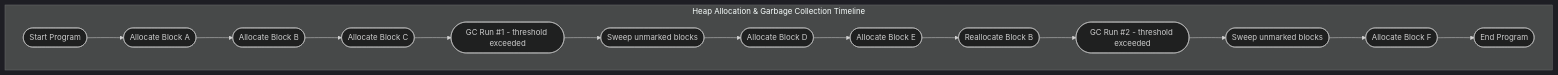
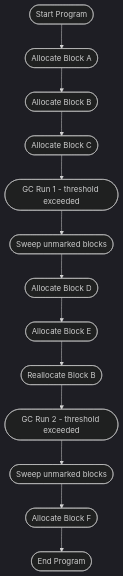
Before and after one commit to MyNameIsTrez/ft-gc: the third of 3 diagrams in README.md, drawn with Mermaid (dark theme).

````diff
--- a/README.md
+++ b/README.md
@@ -124,21 +124,30 @@
 ```mermaid
 flowchart TD
-    subgraph AllocationTimeline["Heap Allocation & Garbage Collection Timeline"]
-        A0([Start Program])
-        A1([Allocate Block A])
-        A2([Allocate Block B])
-        A3([Allocate Block C])
-        GC1([GC Run #1 - threshold exceeded])
-        Sweep1([Sweep unmarked blocks])
-        A4([Allocate Block D])
-        A5([Allocate Block E])
-        Realloc1([Reallocate Block B])
-        GC2([GC Run #2 - threshold exceeded])
-        Sweep2([Sweep unmarked blocks])
-        A6([Allocate Block F])
-        End([End Program])
-    end
+    A0([Start Program])
+    A1([Allocate Block A])
+    A2([Allocate Block B])
+    A3([Allocate Block C])
+    GC1([GC Run 1 - threshold exceeded])
+    Sweep1([Sweep unmarked blocks])
+    A4([Allocate Block D])
+    A5([Allocate Block E])
+    Realloc1([Reallocate Block B])
+    GC2([GC Run 2 - threshold exceeded])
+    Sweep2([Sweep unmarked blocks])
+    A6([Allocate Block F])
+    End([End Program])
 
-    %% Connect events vertically
-    A0 --> A1 --> A2 --> A3 --> GC1 --> Sweep1 --> A4 --> A5 --> Realloc1 --> GC2 --> Sweep2 --> A6 --> End
+    %% Connect vertically
+    A0 --> A1
+    A1 --> A2
+    A2 --> A3
+    A3 --> GC1
+    GC1 --> Sweep1
+    Sweep1 --> A4
+    A4 --> A5
+    A5 --> Realloc1
+    Realloc1 --> GC2
+    GC2 --> Sweep2
+    Sweep2 --> A6
+    A6 --> End
 ```
````
